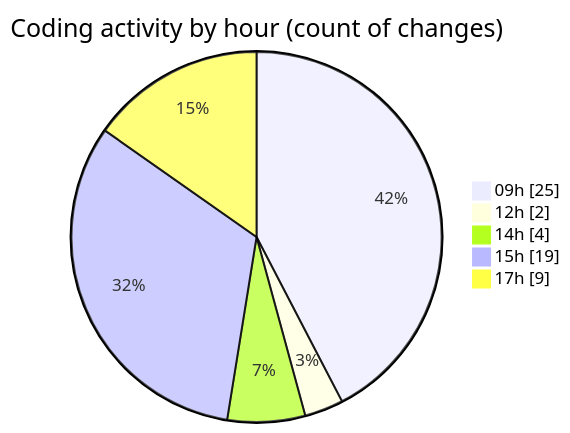
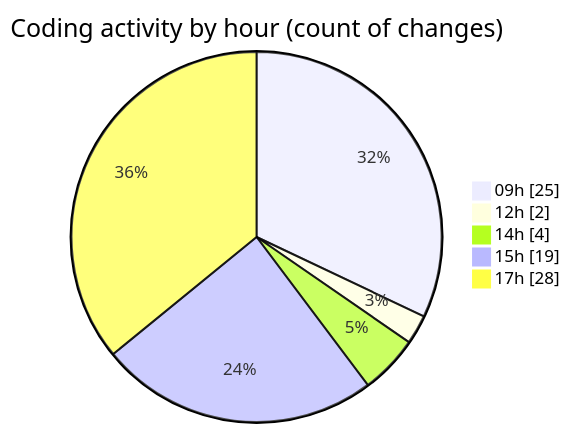
One commit to julien-gomy/code-tracking changed the second of 2 diagrams in 2025-11-12/eventscop-frontend-guide__workspace_/README.md. Above: the diagram before and after it, drawn with Mermaid. The commit also changed other lines of this file and 1 other file, not shown here.

````diff
--- a/2025-11-12/eventscop-frontend-guide__workspace_/README.md
+++ b/2025-11-12/eventscop-frontend-guide__workspace_/README.md
@@ -41,9 +50,9 @@
 ```mermaid
 pie showData
 title Coding activity by hour (count of changes)
 "09h" : 25
 "12h" : 2
 "14h" : 4
 "15h" : 19
-"17h" : 9
+"17h" : 28
 ```
````
